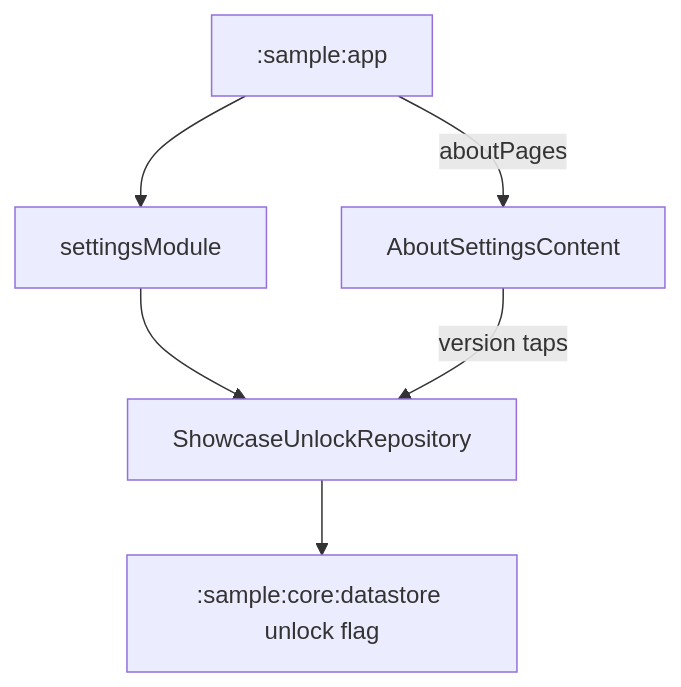
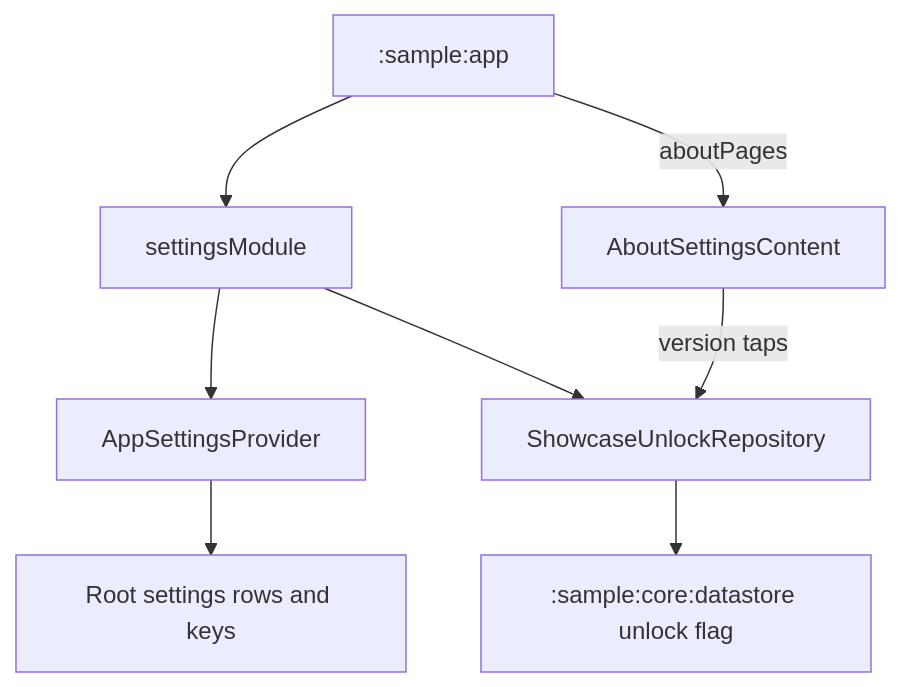
The diagram in sample/feature/settings/README.md (MihaiCristianCondrea/App-Toolkit-for-Android), drawn with Mermaid before and after one commit. The commit also changed other lines of this file and 35 other files, not shown here.

````diff
--- a/sample/feature/settings/README.md
+++ b/sample/feature/settings/README.md
@@ -40,8 +42,10 @@
 ```mermaid
 flowchart TD
     App[":sample:app"] --> Module[settingsModule]
+    Module --> Provider[AppSettingsProvider]
+    Provider --> Rows[Root settings rows and keys]
     Module --> Unlock
     App -->|aboutPages| About[AboutSettingsContent]
     About -->|version taps| Unlock[ShowcaseUnlockRepository]
     Unlock --> Store[":sample:core:datastore" unlock flag]
 ```
````
